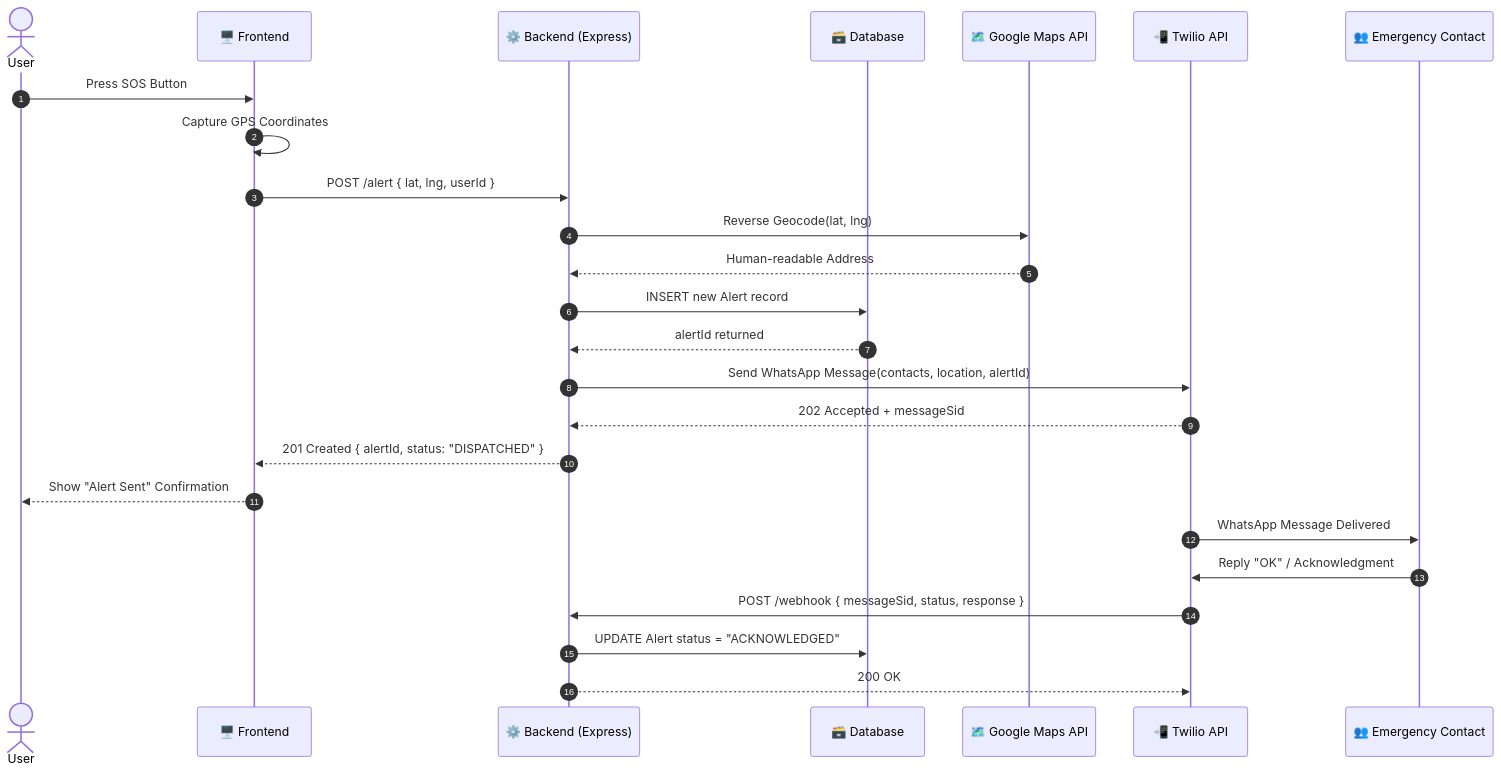
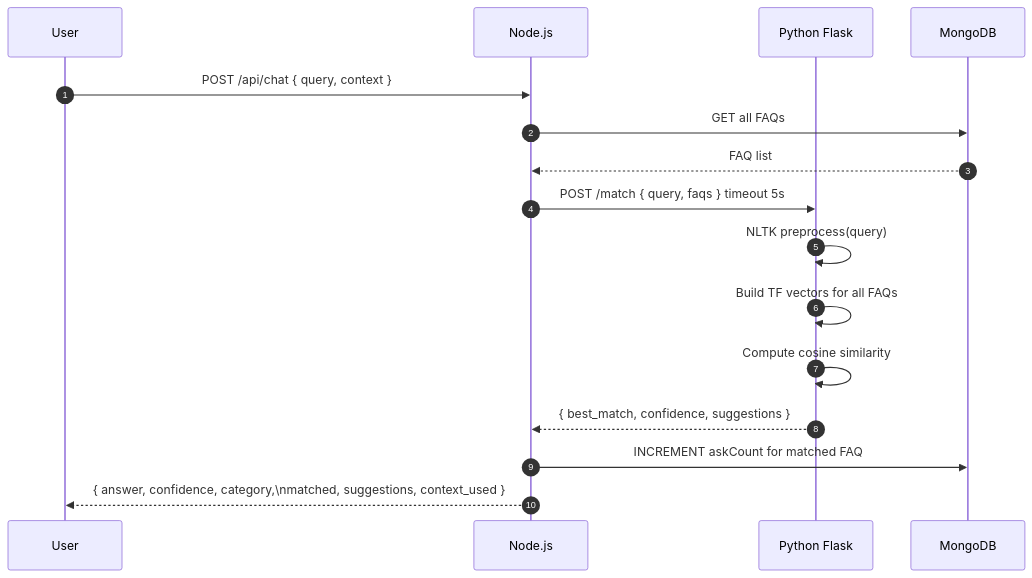
The fifth of 10 diagrams in README.md (zara650/Chatbox-Faq), drawn with Mermaid before and after one commit. The commit also changed other lines of this file, not shown here.

Commit message:
fix: correct README for FAQ chatbot

````diff
--- a/README.md
+++ b/README.md
@@ -164,29 +312,19 @@
 ```mermaid
 sequenceDiagram
     autonumber
-    actor User
-    participant Frontend as 🖥️ Frontend
-    participant Backend as ⚙️ Backend (Express)
-    participant DB as 🗃️ Database
-    participant Maps as 🗺️ Google Maps API
-    participant Twilio as 📲 Twilio API
-    participant Contact as 👥 Emergency Contact
+    participant U as User
+    participant N as Node.js
+    participant P as Python Flask
+    participant DB as MongoDB
 
-    User->>Frontend: Press SOS Button
-    Frontend->>Frontend: Capture GPS Coordinates
-    Frontend->>Backend: POST /alert { lat, lng, userId }
-    Backend->>Maps: Reverse Geocode(lat, lng)
-    Maps-->>Backend: Human-readable Address
-    Backend->>DB: INSERT new Alert record
-    DB-->>Backend: alertId returned
-    Backend->>Twilio: Send WhatsApp Message(contacts, location, alertId)
-    Twilio-->>Backend: 202 Accepted + messageSid
-    Backend-->>Frontend: 201 Created { alertId, status: "DISPATCHED" }
-    Frontend-->>User: Show "Alert Sent" Confirmation
-
-    Twilio->>Contact: WhatsApp Message Delivered
-    Contact->>Twilio: Reply "OK" / Acknowledgment
-    Twilio->>Backend: POST /webhook { messageSid, status, response }
-    Backend->>DB: UPDATE Alert status = "ACKNOWLEDGED"
-    Backend-->>Twilio: 200 OK
+    U->>N: POST /api/chat { query, context }
+    N->>DB: GET all FAQs
+    DB-->>N: FAQ list
+    N->>P: POST /match { query, faqs } timeout 5s
+    P->>P: NLTK preprocess(query)
+    P->>P: Build TF vectors for all FAQs
+    P->>P: Compute cosine similarity
+    P-->>N: { best_match, confidence, suggestions }
+    N->>DB: INCREMENT askCount for matched FAQ
+    N-->>U: { answer, confidence, category,\nmatched, suggestions, context_used }
 ```
````
